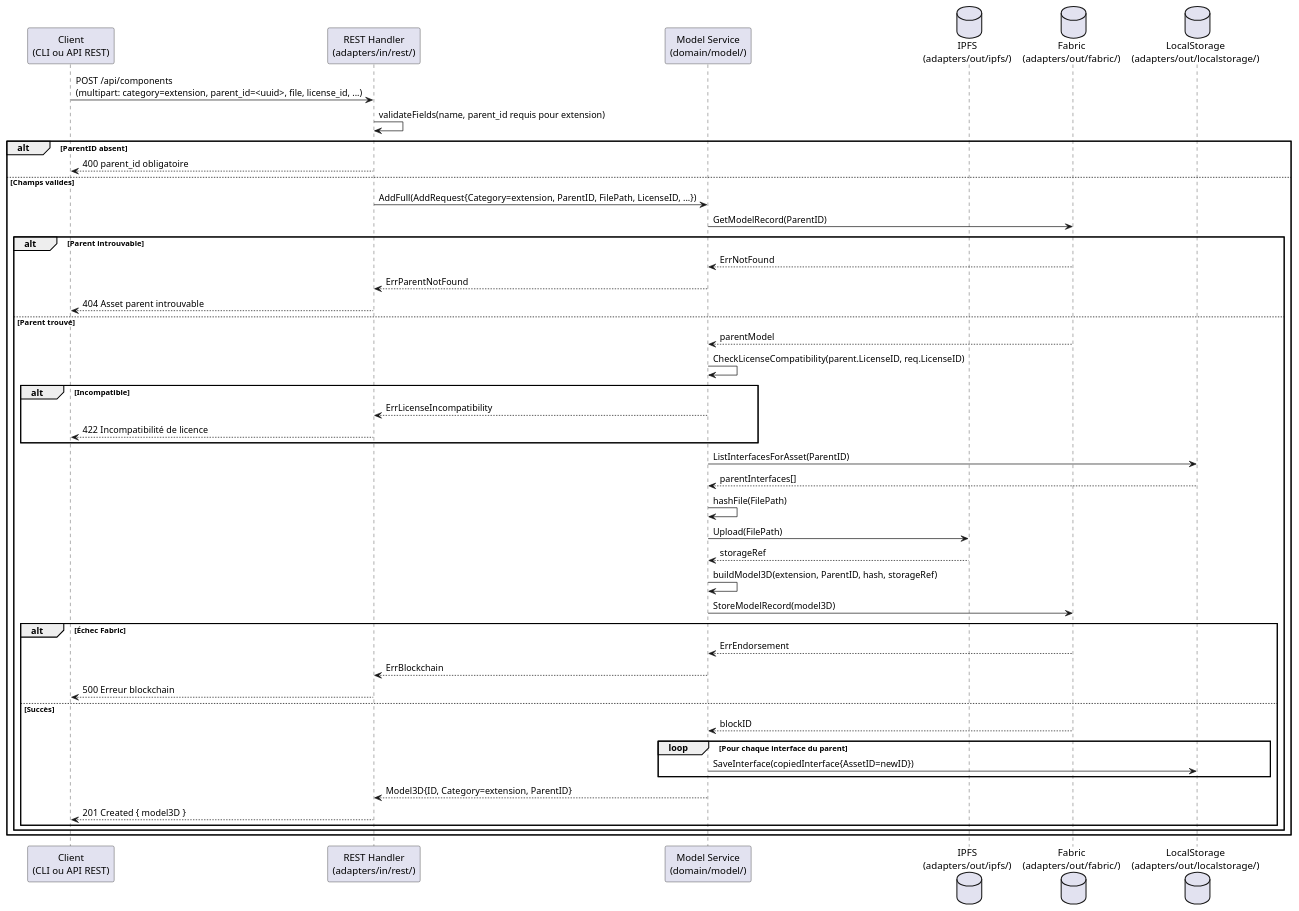
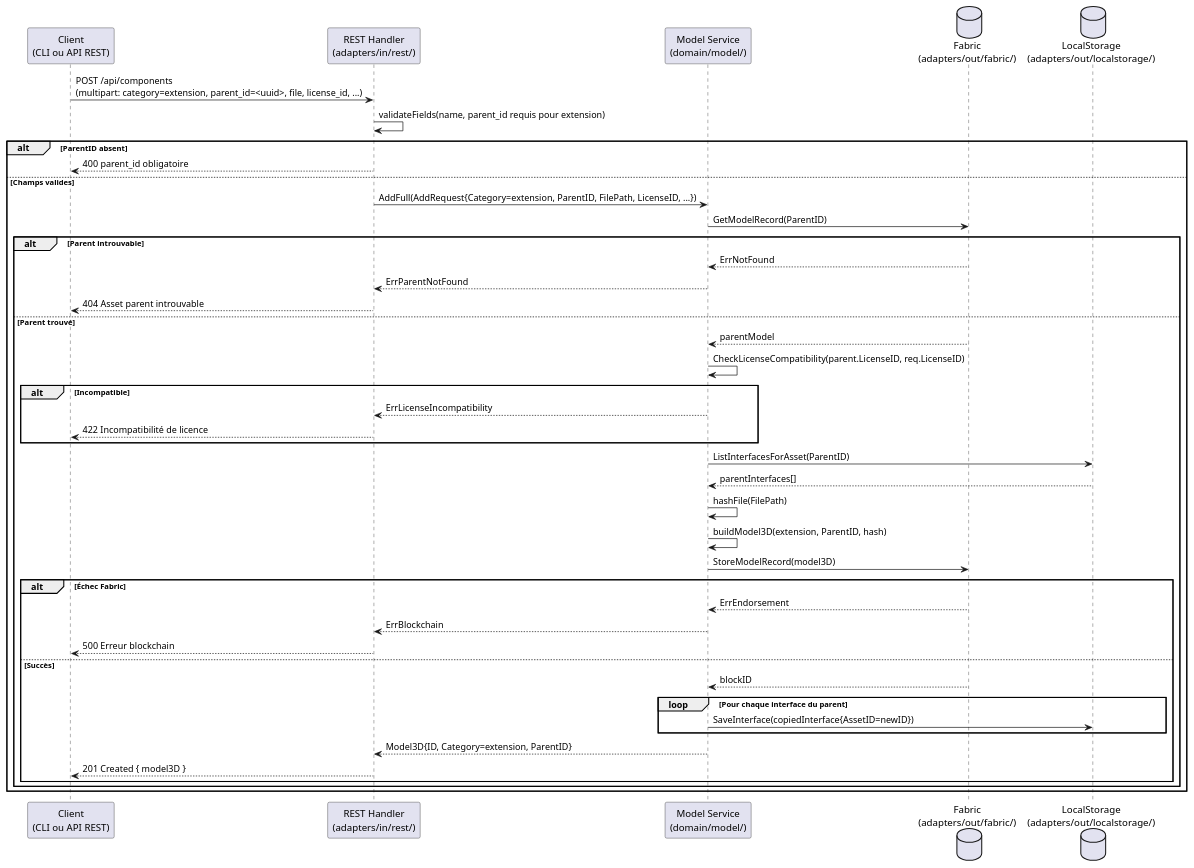
Before and after one commit to myr-forge/myr-core: the second of 2 diagrams in specs/2-Analyse/UCCE-Composant_Ecriture/UCCE05.md, drawn with PlantUML. The commit also changed other lines of this file and 23 other files, not shown here.

First line of the commit message:
refactor: remove IPFS storage and focus on 3D file traceability

````diff
--- a/specs/2-Analyse/UCCE-Composant_Ecriture/UCCE05.md
+++ b/specs/2-Analyse/UCCE-Composant_Ecriture/UCCE05.md
@@ -160,60 +160,57 @@
 ```plantuml
 @startuml
 participant "Client\n(CLI ou API REST)" as Browser
 participant "REST Handler\n(adapters/in/rest/)" as REST
 participant "Model Service\n(domain/model/)" as ModelSvc
-database "IPFS\n(adapters/out/ipfs/)" as IPFS
 database "Fabric\n(adapters/out/fabric/)" as Fabric
 database "LocalStorage\n(adapters/out/localstorage/)" as Local
 
 Browser -> REST : POST /api/components\n(multipart: category=extension, parent_id=<uuid>, file, license_id, ...)
 REST -> REST : validateFields(name, parent_id requis pour extension)
 
 alt ParentID absent
     REST --> Browser : 400 parent_id obligatoire
 else Champs valides
     REST -> ModelSvc : AddFull(AddRequest{Category=extension, ParentID, FilePath, LicenseID, ...})
 
     ModelSvc -> Fabric : GetModelRecord(ParentID)
     alt Parent introuvable
         Fabric --> ModelSvc : ErrNotFound
         ModelSvc --> REST : ErrParentNotFound
         REST --> Browser : 404 Asset parent introuvable
     else Parent trouvé
         Fabric --> ModelSvc : parentModel
 
         ModelSvc -> ModelSvc : CheckLicenseCompatibility(parent.LicenseID, req.LicenseID)
         alt Incompatible
             ModelSvc --> REST : ErrLicenseIncompatibility
             REST --> Browser : 422 Incompatibilité de licence
         end
 
         ModelSvc -> Local : ListInterfacesForAsset(ParentID)
         Local --> ModelSvc : parentInterfaces[]
 
         ModelSvc -> ModelSvc : hashFile(FilePath)
-        ModelSvc -> IPFS : Upload(FilePath)
-        IPFS --> ModelSvc : storageRef
 
-        ModelSvc -> ModelSvc : buildModel3D(extension, ParentID, hash, storageRef)
+        ModelSvc -> ModelSvc : buildModel3D(extension, ParentID, hash)
         ModelSvc -> Fabric : StoreModelRecord(model3D)
 
         alt Échec Fabric
             Fabric --> ModelSvc : ErrEndorsement
             ModelSvc --> REST : ErrBlockchain
             REST --> Browser : 500 Erreur blockchain
         else Succès
             Fabric --> ModelSvc : blockID
 
             loop Pour chaque interface du parent
                 ModelSvc -> Local : SaveInterface(copiedInterface{AssetID=newID})
             end
 
             ModelSvc --> REST : Model3D{ID, Category=extension, ParentID}
             REST --> Browser : 201 Created { model3D }
         end
     end
 end
 
 @enduml
 ```
````
